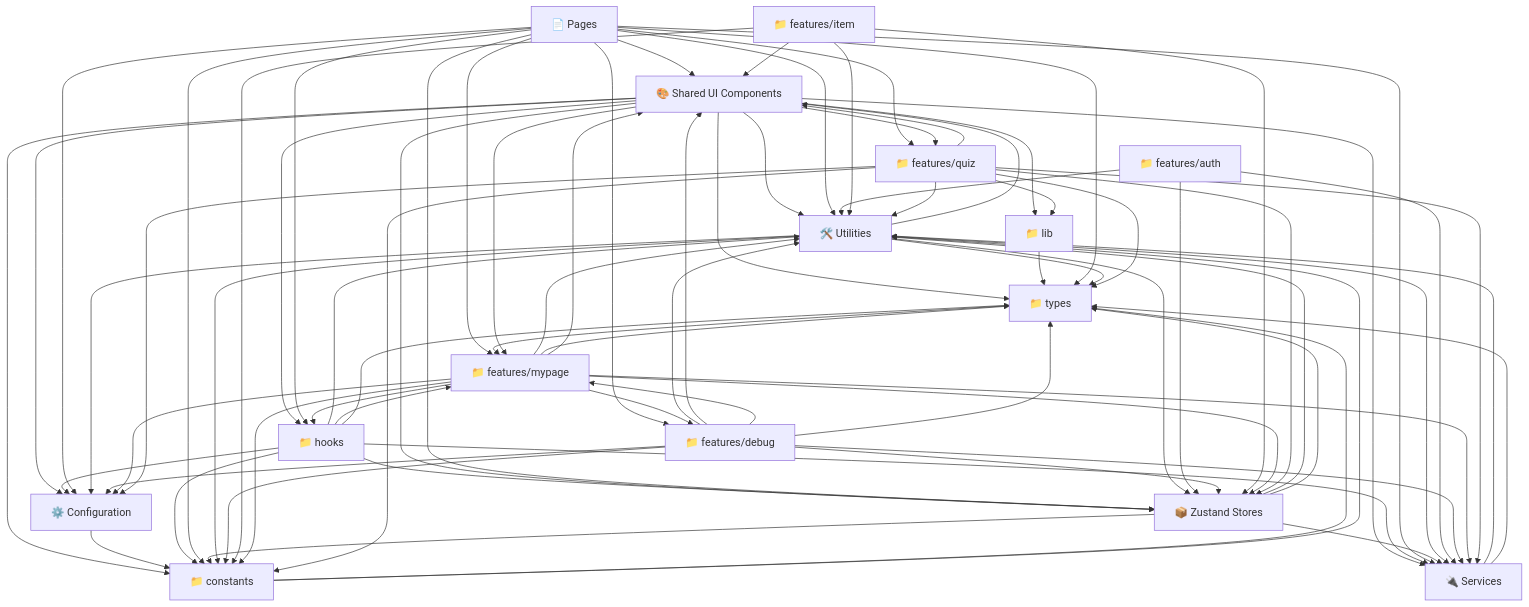
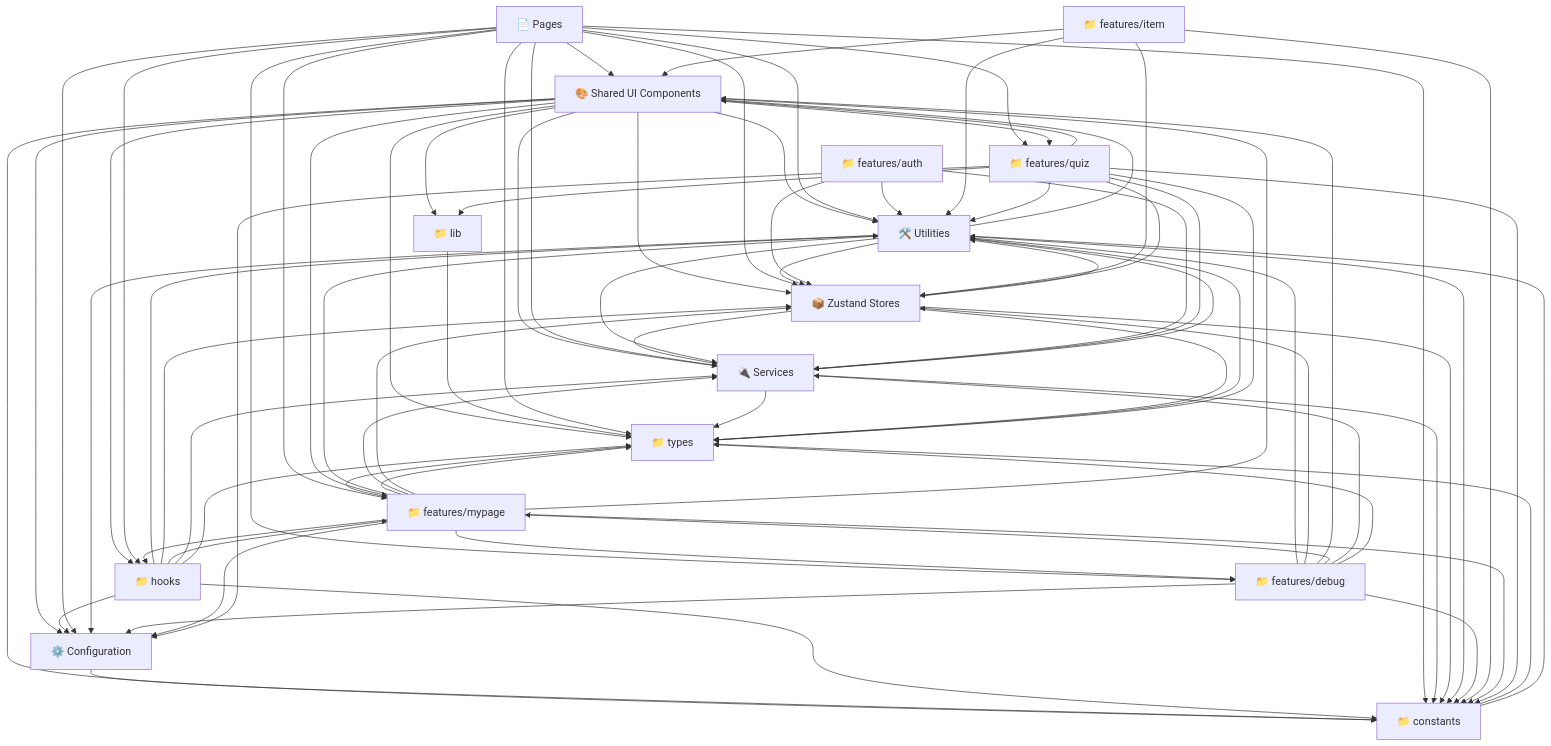
Before and after one commit to Tangerines23/solve-climb: the first of 2 diagrams in docs/code-flowchart.md, drawn with Mermaid. The commit also changed other lines of this file and 42 other files, not shown here.

```diff
--- a/docs/code-flowchart.md
+++ b/docs/code-flowchart.md
@@ -59,16 +59,17 @@
   pages --> features_mypage
   services --> utils
   services --> types
+  services --> constants
   stores --> utils
   stores --> services
   stores --> types
   stores --> constants
   types --> features_mypage
   utils --> components
-  utils --> types
   utils --> stores
   utils --> services
   utils --> constants
+  utils --> types
   utils --> config
   components --> features_quiz
   components --> features_mypage
@@ -79,10 +80,10 @@
   features_debug --> stores
   features_debug --> components
   features_debug --> features_mypage
+  features_debug --> constants
   features_debug --> config
   features_debug --> services
   features_debug --> types
-  features_debug --> constants
   features_item --> utils
   features_item --> stores
   features_item --> constants
```
